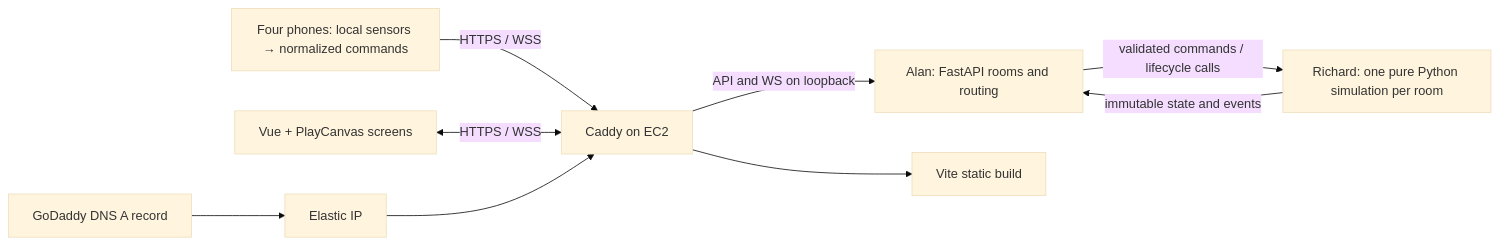
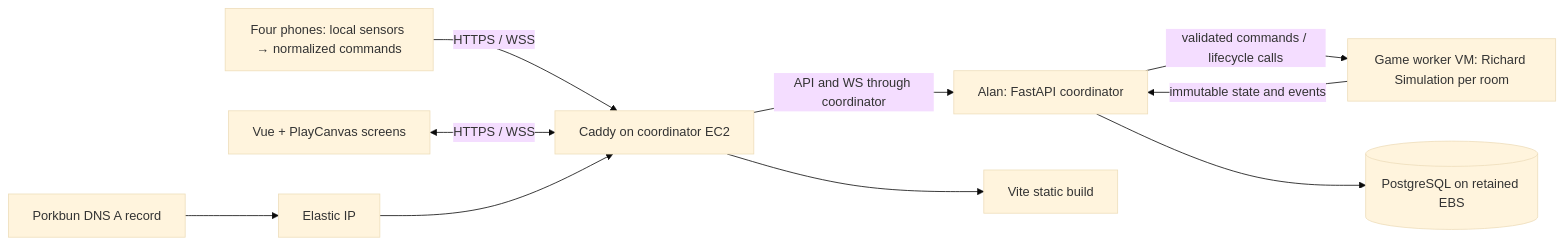
One commit to kagamiAL/dodgewuh changed the diagram in plans/01-architecture.md. Above: the diagram before and after it, drawn with Mermaid (base theme). The commit also changed other lines of this file and 23 other files, not shown here.

````diff
--- a/plans/01-architecture.md
+++ b/plans/01-architecture.md
@@ -7,11 +9,12 @@
 ```mermaid
 flowchart LR
-  P[Four phones: local sensors → normalized commands] -->|HTTPS / WSS| C[Caddy on EC2]
+  P[Four phones: local sensors → normalized commands] -->|HTTPS / WSS| C[Caddy on coordinator EC2]
   S[Vue + PlayCanvas screens] <-->|HTTPS / WSS| C
-  C -->|API and WS on loopback| A[Alan: FastAPI rooms and routing]
-  A -->|validated commands / lifecycle calls| R[Richard: one pure Python simulation per room]
+  C -->|API and WS through coordinator| A[Alan: FastAPI coordinator]
+  A -->|validated commands / lifecycle calls| R[Game worker VM: Richard Simulation per room]
   R -->|immutable state and events| A
   C --> F[Vite static build]
-  D[GoDaddy DNS A record] --> E[Elastic IP]
+  D[Porkbun DNS A record] --> E[Elastic IP]
   E --> C
+  A --> DB[(PostgreSQL on retained EBS)]
 ```
````
